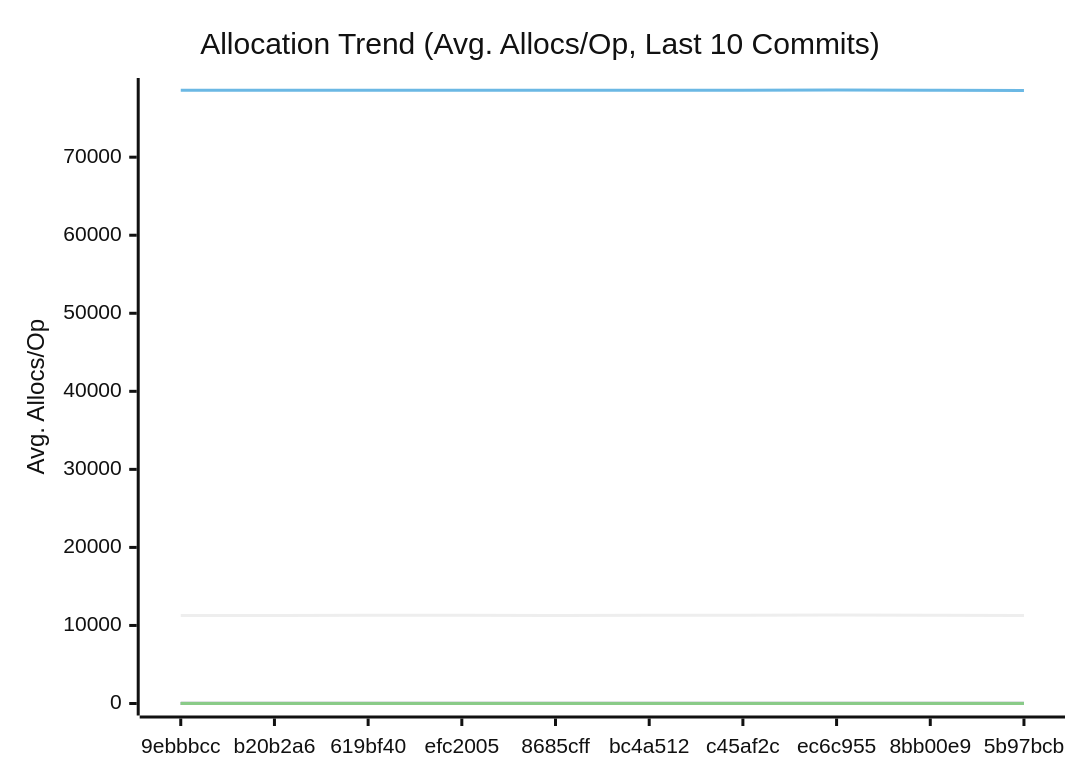
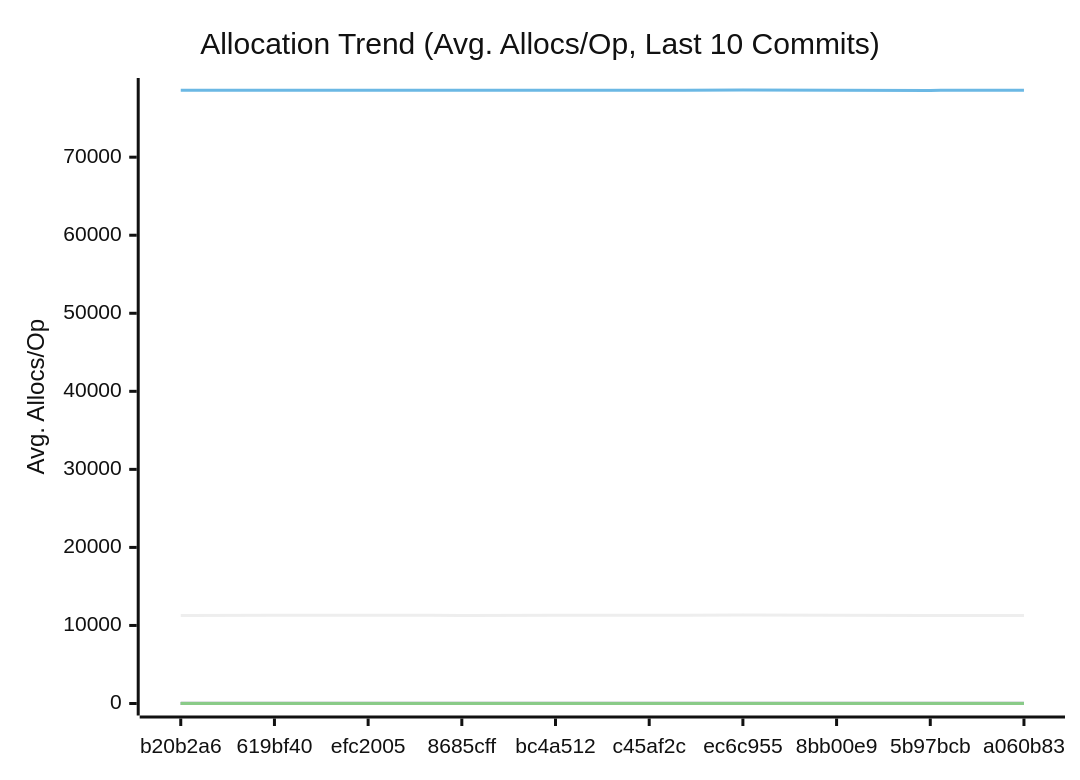
One commit to alsotoes/momo changed the third of 3 diagrams in docs/PERFORMANCE.md. Above: the diagram before and after it, drawn with Mermaid (neutral theme). The commit also changed other lines of this file and 2 other files, not shown here.

````diff
--- a/docs/PERFORMANCE.md
+++ b/docs/PERFORMANCE.md
@@ -197,20 +197,20 @@
 ```mermaid
 xychart-beta
     title "Allocation Trend (Avg. Allocs/Op, Last 10 Commits)"
     x-axis "Commit"
     y-axis "Avg. Allocs/Op"
-    x-axis [9ebbbcc,b20b2a6,619bf40,efc2005,8685cff,bc4a512,c45af2c,ec6c955,8bb00e9,5b97bcb]
-    line "AWSChunkedReaderSigned" [11282,11271,11298,11310,11291,11308,11295,11329,11303,11273]
-    line "AWSChunkedReaderUnsigned" [78566,78562,78570,78573,78562,78577,78570,78609,78592,78561]
+    x-axis [b20b2a6,619bf40,efc2005,8685cff,bc4a512,c45af2c,ec6c955,8bb00e9,5b97bcb,a060b83]
+    line "AWSChunkedReaderSigned" [11271,11298,11310,11291,11308,11295,11329,11303,11273,11278]
+    line "AWSChunkedReaderUnsigned" [78562,78570,78573,78562,78577,78570,78609,78592,78561,78567]
     line "CheckMetricsAndSwap" [0,0,0,0,0,0,0,0,0,0]
     line "CrushOptimized" [0,0,0,0,0,0,0,0,0,0]
     line "CrushOriginal" [3,3,3,3,3,3,3,3,3,3]
     line "IndexDirectTracking" [0,0,0,0,0,0,0,0,0,0]
     line "IndexSearch" [0,0,0,0,0,0,0,0,0,0]
     line "LoadGlobalConfig" [46,46,46,46,46,46,46,46,46,46]
     line "PadString" [1,1,1,1,1,1,1,1,1,1]
     line "ParseReplicationOrder_NoPrealloc" [6,6,6,6,6,5,5,5,5,5]
     line "ParseReplicationOrder_Prealloc" [2,2,2,2,2,1,1,1,1,1]
     line "SanitizeLog/Safe" [0,0,0,0,0,0,0,0,0,0]
     line "SanitizeLog/Unsafe" [1,1,1,1,1,1,1,1,1,1]
 ```
````
